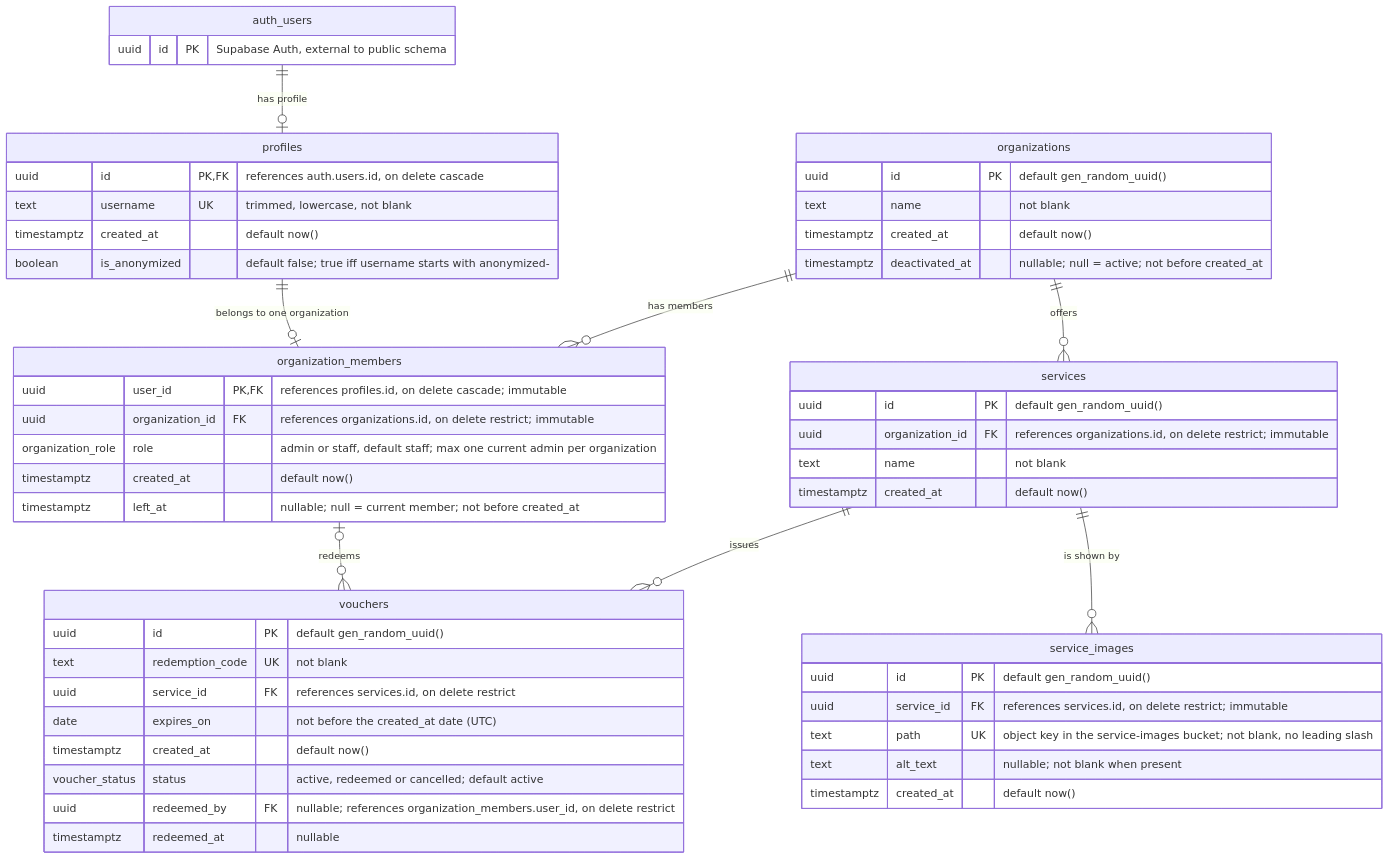
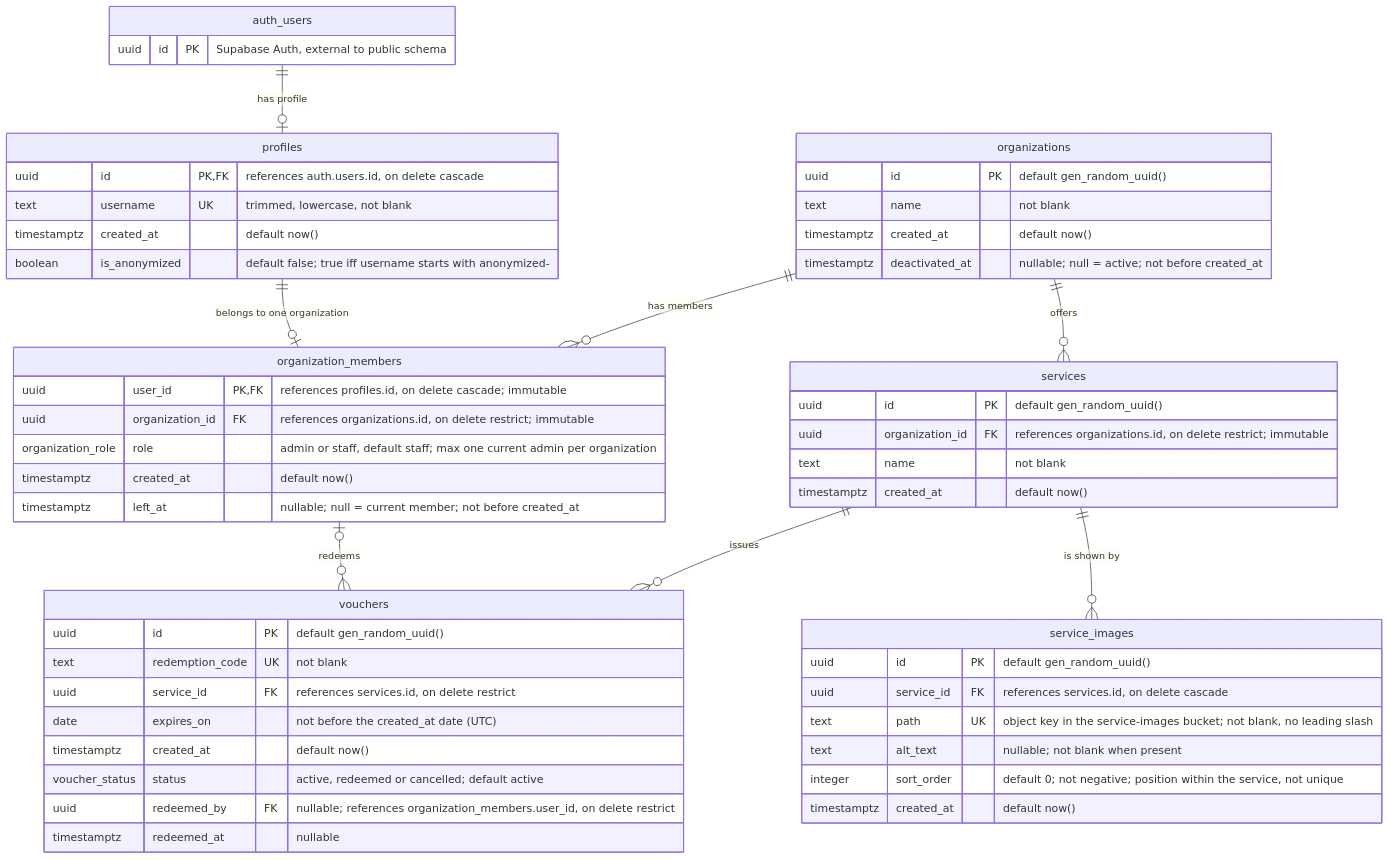
The diagram in docs/ERD.md (AchoDanailov/PartnersHub), drawn with Mermaid before and after one commit. The commit also changed other lines of this file and 7 other files, not shown here.

First line of the commit message:
Add sort order and cascade delete to service images

````diff
--- a/docs/ERD.md
+++ b/docs/ERD.md
@@ -9,62 +9,63 @@
 ```mermaid
 erDiagram
     auth_users ||--o| profiles : "has profile"
     profiles ||--o| organization_members : "belongs to one organization"
     organizations ||--o{ organization_members : "has members"
     organizations ||--o{ services : "offers"
     services ||--o{ vouchers : "issues"
     services ||--o{ service_images : "is shown by"
     organization_members |o--o{ vouchers : "redeems"
 
     auth_users {
         uuid id PK "Supabase Auth, external to public schema"
     }
 
     profiles {
         uuid id PK, FK "references auth.users.id, on delete cascade"
         text username UK "trimmed, lowercase, not blank"
         timestamptz created_at "default now()"
         boolean is_anonymized "default false; true iff username starts with anonymized-"
     }
 
     organizations {
         uuid id PK "default gen_random_uuid()"
         text name "not blank"
         timestamptz created_at "default now()"
         timestamptz deactivated_at "nullable; null = active; not before created_at"
     }
 
     organization_members {
         uuid user_id PK, FK "references profiles.id, on delete cascade; immutable"
         uuid organization_id FK "references organizations.id, on delete restrict; immutable"
         organization_role role "admin or staff, default staff; max one current admin per organization"
         timestamptz created_at "default now()"
         timestamptz left_at "nullable; null = current member; not before created_at"
     }
 
     services {
         uuid id PK "default gen_random_uuid()"
         uuid organization_id FK "references organizations.id, on delete restrict; immutable"
         text name "not blank"
         timestamptz created_at "default now()"
     }
 
     vouchers {
         uuid id PK "default gen_random_uuid()"
         text redemption_code UK "not blank"
         uuid service_id FK "references services.id, on delete restrict"
         date expires_on "not before the created_at date (UTC)"
         timestamptz created_at "default now()"
         voucher_status status "active, redeemed or cancelled; default active"
         uuid redeemed_by FK "nullable; references organization_members.user_id, on delete restrict"
         timestamptz redeemed_at "nullable"
     }
 
     service_images {
         uuid id PK "default gen_random_uuid()"
-        uuid service_id FK "references services.id, on delete restrict; immutable"
+        uuid service_id FK "references services.id, on delete cascade"
         text path UK "object key in the service-images bucket; not blank, no leading slash"
         text alt_text "nullable; not blank when present"
+        integer sort_order "default 0; not negative; position within the service, not unique"
         timestamptz created_at "default now()"
     }
 ```
````
